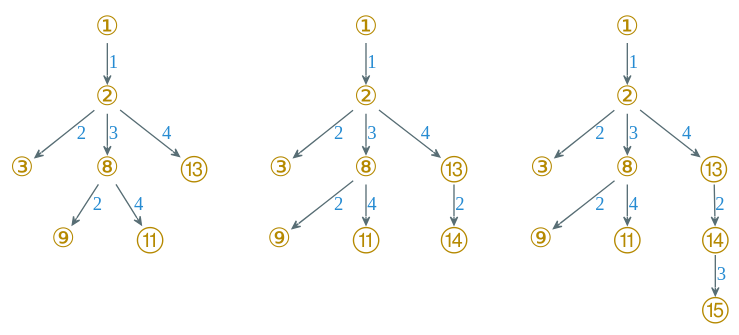
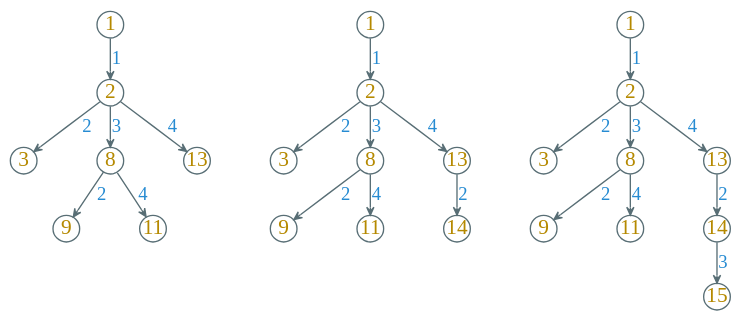
One commit to Avanti1980/course-alg changed the diagram in dot/four-queen-solve3.dot. Above: the diagram before and after it, drawn with Graphviz. The commit also changed 10 other files, not shown here.

```diff
--- a/dot/four-queen-solve3.dot
+++ b/dot/four-queen-solve3.dot
@@ -1,51 +1,51 @@
 digraph g {
     bgcolor=transparent
     rankdir=TB
     graph [nodesep=0.62, ranksep=0.05]
-    node [shape=plain, color="#586e75", fontcolor="#b58900", fontsize=20, fontname="LXGWWenKai"]
+    node [shape=circle, fixedsize=true, width=0.28, color="#586e75", fontcolor="#b58900", fontsize=16, fontname="LXGWWenKai"]
     edge [arrowhead=vee, color="#586e75", fontcolor="#268bd2", fontsize=14, fontname="LXGWWenKai" arrowsize=0.6]
 
-    n10 [label=①]
-    n11 [label=②]
-    n12 [label=③]
-    n13 [label=⑧]
-    n14 [label=⑨]
-    n15 [label=⑪]
-    n16 [label=⑬]
+    n10 [label=1]
+    n11 [label=2]
+    n12 [label=3]
+    n13 [label=8]
+    n14 [label=9]
+    n15 [label=11]
+    n16 [label=13]
 
     n10 -> n11 [label="1"]
     n11 -> n12 [label="2"]
     n11 -> n13 [label="3"]
     n13 -> n14 [label="2"]
     n13 -> n15 [label="4"]
     n11 -> n16 [label="4"]
 
-    n1 [label=①]
-    n2 [label=②]
-    n3 [label=③]
-    n4 [label=⑧]
-    n5 [label=⑨]
-    n6 [label=⑪]
-    n7 [label=⑬]
-    n8 [label=⑭]
+    n1 [label=1]
+    n2 [label=2]
+    n3 [label=3]
+    n4 [label=8]
+    n5 [label=9]
+    n6 [label=11]
+    n7 [label=13]
+    n8 [label=14]
 
     n1 -> n2 [label="1"]
     n2 -> n3 [label="2"]
     n2 -> n4 [label="3"]
     n4 -> n5 [label="2"]
     n4 -> n6 [label="4"]
     n2 -> n7 [label="4"]
     n7 -> n8 [label="2"]
 
-    ① -> ② [label="1"]
+    1 -> 2 [label="1"]
 
-    ② -> ③ [label="2"]
-    ② -> ⑧ [label="3"]
-    ② -> ⑬ [label="4"]
+    2 -> 3 [label="2"]
+    2 -> 8 [label="3"]
+    2 -> 13 [label="4"]
 
-    ⑧ -> ⑨ [label="2"]
-    ⑧ -> ⑪ [label="4"]
+    8 -> 9 [label="2"]
+    8 -> 11 [label="4"]
 
-    ⑬ -> ⑭ [label="2"]
-    ⑭ -> ⑮ [label="3"]
+    13 -> 14 [label="2"]
+    14 -> 15 [label="3"]
 }
```
